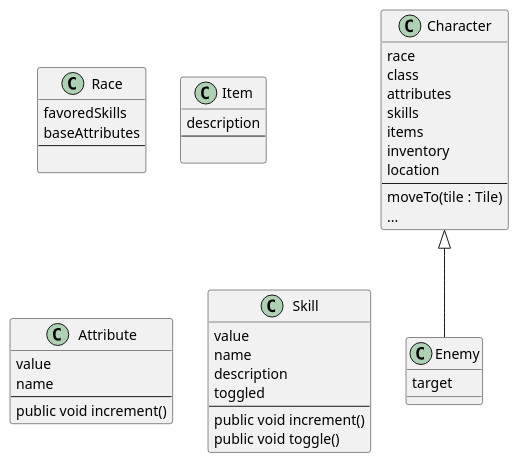
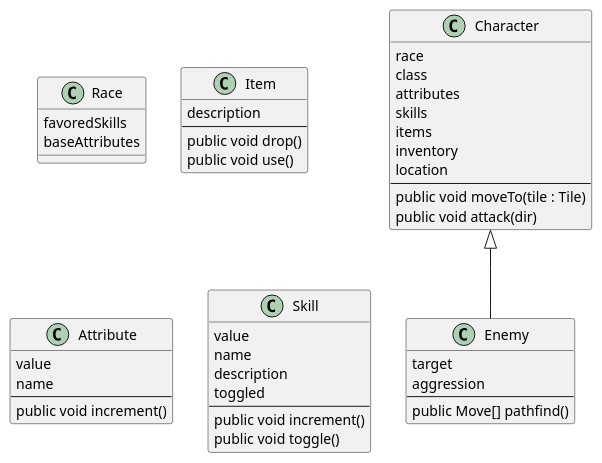
One commit to dgoldman30/Dungeon_Crawler changed the seventh of 7 diagrams in doc/design.md. Above: the diagram before and after it, drawn with PlantUML. The commit also changed other lines of this file, not shown here.

Commit message:
seq diagrams

````diff
--- a/doc/design.md
+++ b/doc/design.md
@@ -173,56 +173,58 @@
 ```plantuml
 @startuml
 
 hide footbox
 
 'classes
 class Character {
     race
     class
     attributes
     skills
     items
     inventory
     location
     --
-    moveTo(tile : Tile)
-    ...
+    public void moveTo(tile : Tile)
+    public void attack(dir)
 }
 
 class Enemy {
     target
+    aggression
+    --
+    public Move[] pathfind()
 }
 Character <|-- Enemy
 
 
 class Race {
     favoredSkills
     baseAttributes
-    --
-    
 }
 
 class Item {
     description
     --
-    
+    public void drop()
+    public void use()
 }
 
 class Attribute {
     value
     name
     --
     public void increment()
 }
 
 class Skill {
     value
     name
     description
     toggled
     --
     public void increment()
     public void toggle()
 }
 @enduml
 ```
````
